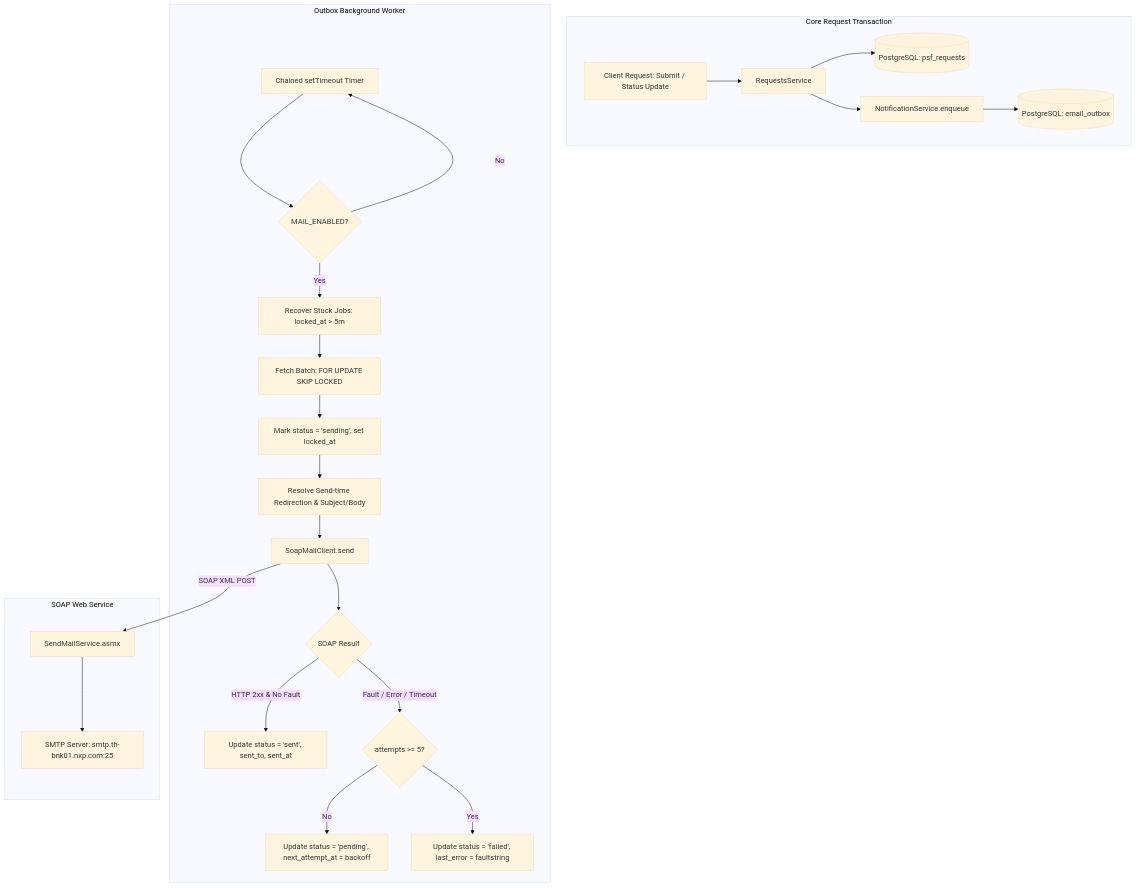
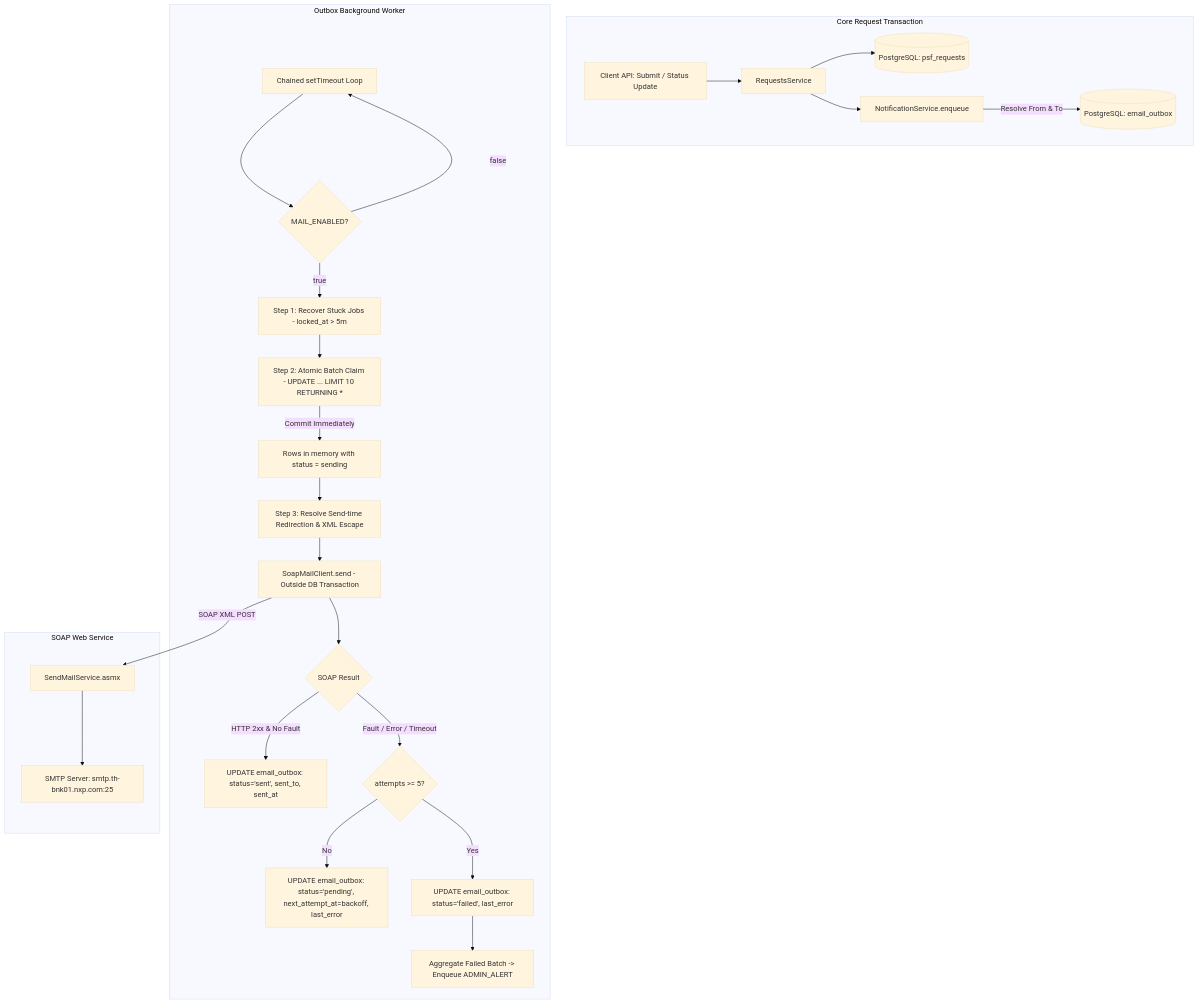
The diagram in docs/superpowers/specs/2026-10-05-email-notification-design.md (Kasidet4531/Web-Request-setup-file), drawn with Mermaid (base theme) before and after one commit. The commit also changed other lines of this file, not shown here.

Commit message:
docs: revise email notification design spec with atomic claiming, from-address rules, and delivery guards

````diff
--- a/docs/superpowers/specs/2026-10-05-email-notification-design.md
+++ b/docs/superpowers/specs/2026-10-05-email-notification-design.md
@@ -25,29 +26,30 @@
 ```mermaid
 flowchart TD
     subgraph Core Request Transaction
-        A[Client Request: Submit / Status Update] --> B[RequestsService]
+        A[Client API: Submit / Status Update] --> B[RequestsService]
         B --> C[(PostgreSQL: psf_requests)]
         B --> D[NotificationService.enqueue]
-        D --> E[(PostgreSQL: email_outbox)]
+        D -->|Resolve From & To| E[(PostgreSQL: email_outbox)]
     end
 
     subgraph Outbox Background Worker
-        F[Chained setTimeout Timer] --> G{MAIL_ENABLED?}
-        G -->|No| F
-        G -->|Yes| H[Recover Stuck Jobs: locked_at > 5m]
-        H --> I[Fetch Batch: FOR UPDATE SKIP LOCKED]
-        I --> J[Mark status = 'sending', set locked_at]
-        J --> K[Resolve Send-time Redirection & Subject/Body]
-        K --> L[SoapMailClient.send]
+        F[Chained setTimeout Loop] --> G{MAIL_ENABLED?}
+        G -->|false| F
+        G -->|true| H[Step 1: Recover Stuck Jobs - locked_at > 5m]
+        H --> I[Step 2: Atomic Batch Claim - UPDATE ... LIMIT 10 RETURNING *]
+        I -->|Commit Immediately| J[Rows in memory with status = sending]
+        J --> K[Step 3: Resolve Send-time Redirection & XML Escape]
+        K --> L[SoapMailClient.send - Outside DB Transaction]
         L --> M{SOAP Result}
-        M -->|HTTP 2xx & No Fault| N[Update status = 'sent', sent_to, sent_at]
+        M -->|HTTP 2xx & No Fault| N[UPDATE email_outbox: status='sent', sent_to, sent_at]
         M -->|Fault / Error / Timeout| O{attempts >= 5?}
-        O -->|No| P[Update status = 'pending', next_attempt_at = backoff]
-        O -->|Yes| Q[Update status = 'failed', last_error = faultstring]
+        O -->|No| P[UPDATE email_outbox: status='pending', next_attempt_at=backoff, last_error]
+        O -->|Yes| Q[UPDATE email_outbox: status='failed', last_error]
+        Q --> R[Aggregate Failed Batch -> Enqueue ADMIN_ALERT]
     end
 
     subgraph SOAP Web Service
-        L -->|SOAP XML POST| R[SendMailService.asmx]
-        R --> S[SMTP Server: smtp.th-bnk01.nxp.com:25]
+        L -->|SOAP XML POST| S[SendMailService.asmx]
+        S --> T[SMTP Server: smtp.th-bnk01.nxp.com:25]
     end
 ```
````
